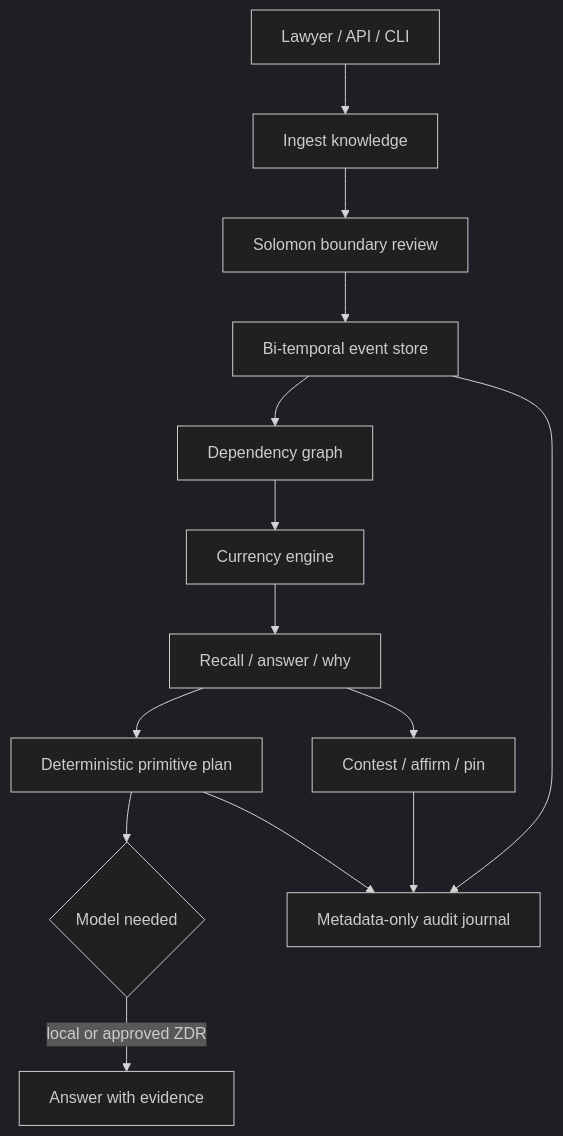
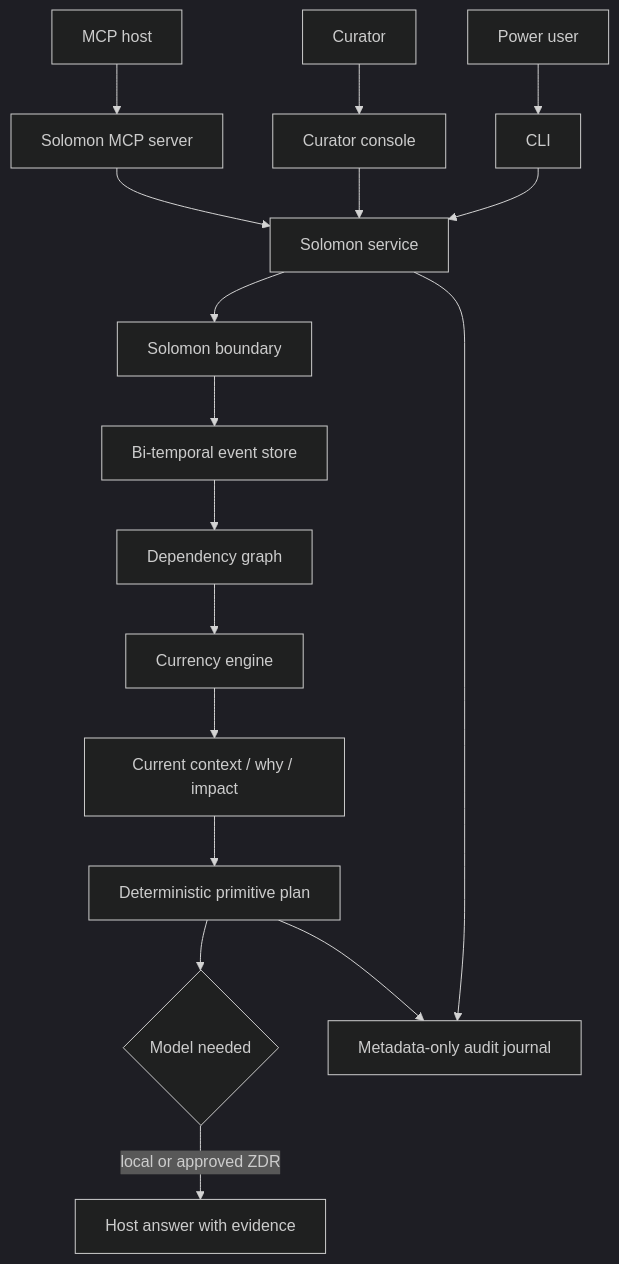
The diagram in README.md (gongahkia/solomon), drawn with Mermaid (dark theme) before and after one commit.

Commit message:
docs: map Solomon runtime surfaces

````diff
--- a/README.md
+++ b/README.md
@@ -278,16 +278,19 @@
 ```mermaid
 flowchart TD
-    Lawyer[Lawyer / API / CLI] --> Ingest[Ingest knowledge]
-    Ingest --> Boundary[Solomon boundary review]
+    Host[MCP host] --> MCP[Solomon MCP server]
+    Lawyer[Curator] --> Console[Curator console]
+    Operator[Power user] --> CLI[CLI]
+    MCP --> Service[Solomon service]
+    Console --> Service
+    CLI --> Service
+    Service --> Boundary[Solomon boundary]
     Boundary --> Store[Bi-temporal event store]
     Store --> Graph[Dependency graph]
-    Graph --> Currency[Currency engine]
-    Currency --> Recall[Recall / answer / why]
-    Recall --> Plan[Deterministic primitive plan]
+    Graph --> Engine[Currency engine]
+    Engine --> Context[Current context / why / impact]
+    Context --> Plan[Deterministic primitive plan]
     Plan --> Model{Model needed}
-    Model -->|local or approved ZDR| Answer[Answer with evidence]
-    Recall --> Contest[Contest / affirm / pin]
-    Store --> Audit[Metadata-only audit journal]
+    Model -->|local or approved ZDR| Answer[Host answer with evidence]
+    Service --> Audit[Metadata-only audit journal]
     Plan --> Audit
-    Contest --> Audit
 ```
````
